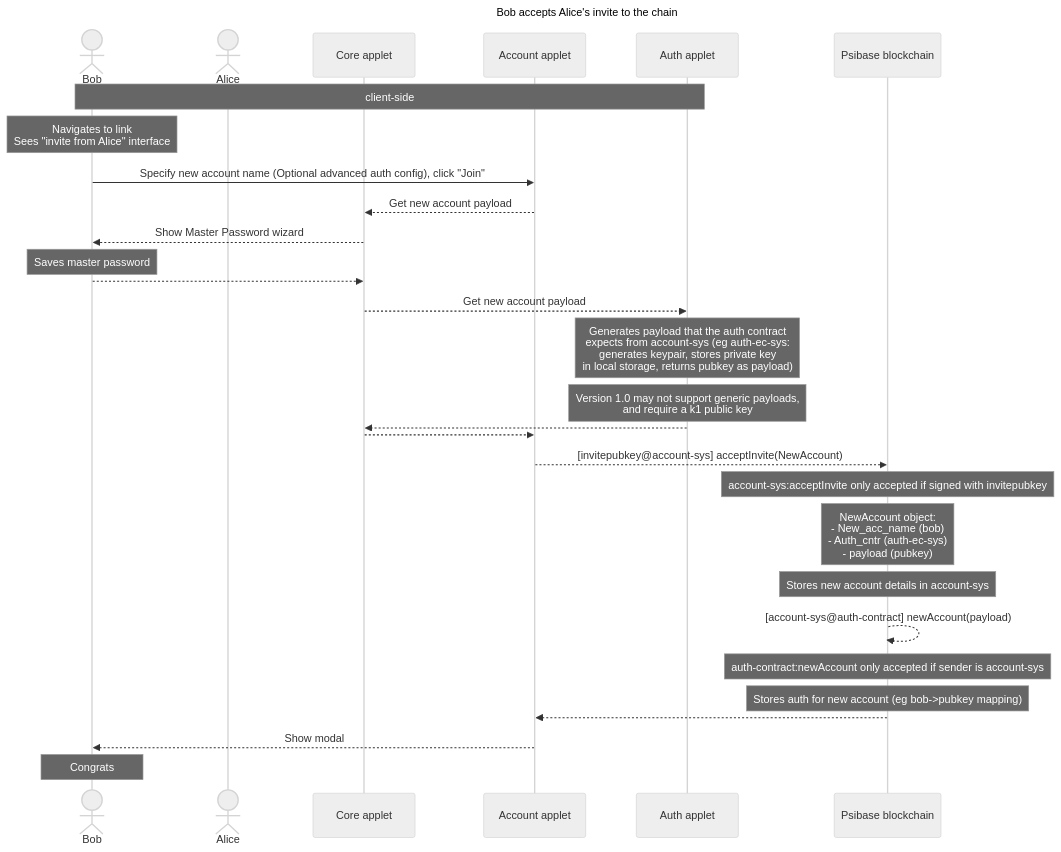
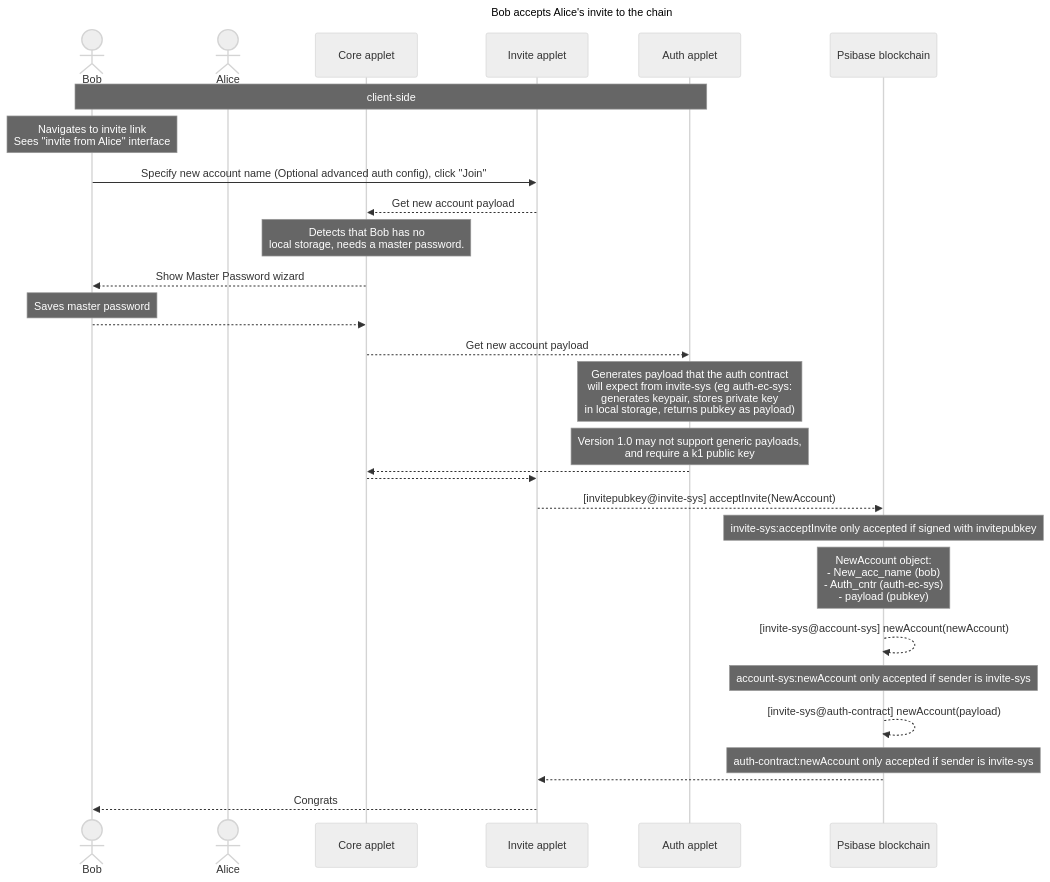
The second of 2 diagrams in doc/diagrams/invite-new-user.md (gofractally/psibase), drawn with Mermaid (neutral theme) before and after one commit. The commit also changed other lines of this file, not shown here.

Commit message:
updates to invite flow

````diff
--- a/doc/diagrams/invite-new-user.md
+++ b/doc/diagrams/invite-new-user.md
@@ -22,34 +33,34 @@
 ```mermaid
 sequenceDiagram
 
    title Bob accepts Alice's invite to the chain
    actor Bob
    actor Alice
    participant Core applet
-   participant Account applet
+   participant Invite applet
    participant Auth applet
    participant Psibase blockchain
    note over Bob, Auth applet: client-side
 
-   Note over Bob: Navigates to link<br>Sees "invite from Alice" interface
-   Bob->>Account applet: Specify new account name (Optional advanced auth config), click "Join"
-   Account applet-->>Core applet: Get new account payload
+   Note over Bob: Navigates to invite link<br>Sees "invite from Alice" interface
+   Bob->>Invite applet: Specify new account name (Optional advanced auth config), click "Join"
+   Invite applet-->>Core applet: Get new account payload
+   Note over Core applet: Detects that Bob has no<br>local storage, needs a master password.
    Core applet-->>Bob: Show Master Password wizard
    Note over Bob: Saves master password
    Bob-->>Core applet: 
    Core applet-->>Auth applet: Get new account payload
-   Note over Auth applet: Generates payload that the auth contract<br> expects from account-sys (eg auth-ec-sys:<br>generates keypair, stores private key <br>in local storage, returns pubkey as payload)
+   Note over Auth applet: Generates payload that the auth contract<br> will expect from invite-sys (eg auth-ec-sys:<br>generates keypair, stores private key <br>in local storage, returns pubkey as payload)
    Note over Auth applet: Version 1.0 may not support generic payloads, <br>and require a k1 public key
    Auth applet-->>Core applet: 
-   Core applet-->>Account applet: 
-   Account applet-->>Psibase blockchain: [invitepubkey@account-sys] acceptInvite(NewAccount)
-   Note over Psibase blockchain: account-sys:acceptInvite only accepted if signed with invitepubkey
+   Core applet-->>Invite applet: 
+   Invite applet-->>Psibase blockchain: [invitepubkey@invite-sys] acceptInvite(NewAccount)
+   Note over Psibase blockchain: invite-sys:acceptInvite only accepted if signed with invitepubkey
    Note over Psibase blockchain: NewAccount object: <br>  - New_acc_name (bob)<br>  - Auth_cntr (auth-ec-sys)<br>  - payload (pubkey)
-   Note over Psibase blockchain: Stores new account details in account-sys
-   Psibase blockchain-->>Psibase blockchain: [account-sys@auth-contract] newAccount(payload)
-   Note over Psibase blockchain: auth-contract:newAccount only accepted if sender is account-sys
-   Note over Psibase blockchain: Stores auth for new account (eg bob->pubkey mapping)
-   Psibase blockchain-->>Account applet: 
-   Account applet-->>Bob: Show modal
-   Note over Bob: Congrats
+   Psibase blockchain-->>Psibase blockchain: [invite-sys@account-sys] newAccount(newAccount)
+   Note over Psibase blockchain: account-sys:newAccount only accepted if sender is invite-sys
+   Psibase blockchain-->>Psibase blockchain: [invite-sys@auth-contract] newAccount(payload)
+   Note over Psibase blockchain: auth-contract:newAccount only accepted if sender is invite-sys
+   Psibase blockchain-->>Invite applet: 
+   Invite applet-->>Bob: Congrats
 ```
````
